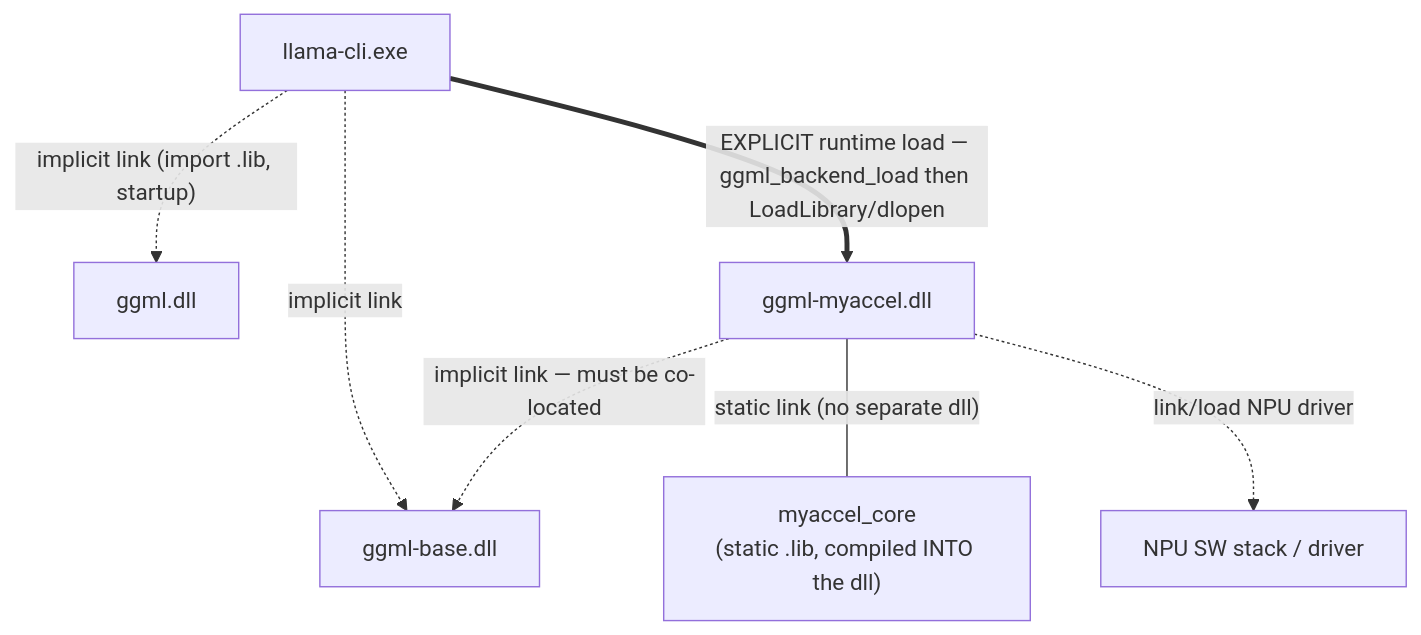
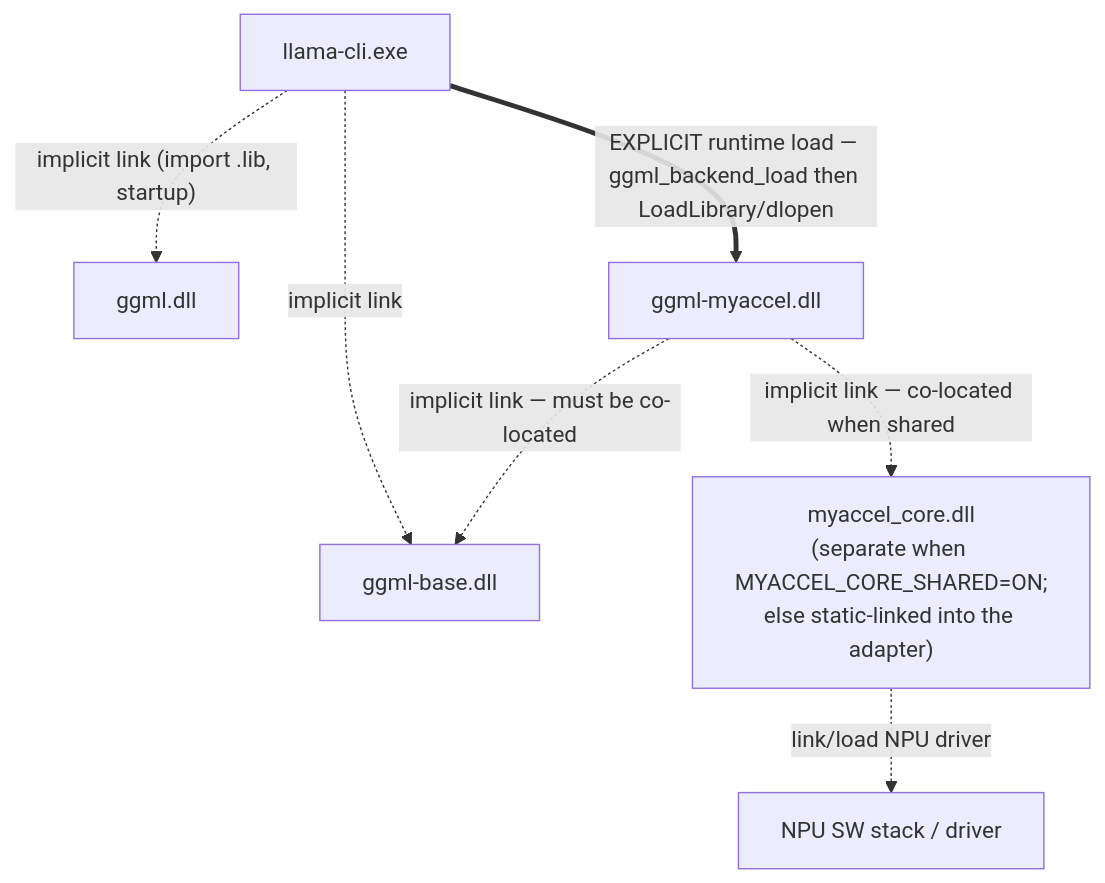
One commit to froginaz/onnxruntime changed the first of 4 diagrams in shared_backend/docs/llama_integration.md. Above: the diagram before and after it, drawn with Mermaid. The commit also changed other lines of this file and 2 other files, not shown here.

First line of the commit message:
Document & verify separate myaccel_core.dll (MYACCEL_CORE_SHARED=ON)

````diff
--- a/shared_backend/docs/llama_integration.md
+++ b/shared_backend/docs/llama_integration.md
@@ -64,16 +67,16 @@
 ```mermaid
 flowchart TD
     EXE["llama-cli.exe"]
     GGML["ggml.dll"]
     BASE["ggml-base.dll"]
     MY["ggml-myaccel.dll"]
-    CORE["myaccel_core<br/>(static .lib, compiled INTO the dll)"]
+    CORE["myaccel_core.dll<br/>(separate when MYACCEL_CORE_SHARED=ON;<br/>else static-linked into the adapter)"]
     SDK["NPU SW stack / driver"]
 
     EXE -.->|"implicit link (import .lib, startup)"| GGML
     EXE -.->|"implicit link"| BASE
     EXE ==>|"EXPLICIT runtime load — ggml_backend_load then LoadLibrary/dlopen"| MY
     MY -.->|"implicit link — must be co-located"| BASE
-    MY ---|"static link (no separate dll)"| CORE
-    MY -.->|"link/load NPU driver"| SDK
+    MY -.->|"implicit link — co-located when shared"| CORE
+    CORE -.->|"link/load NPU driver"| SDK
 ```
````
